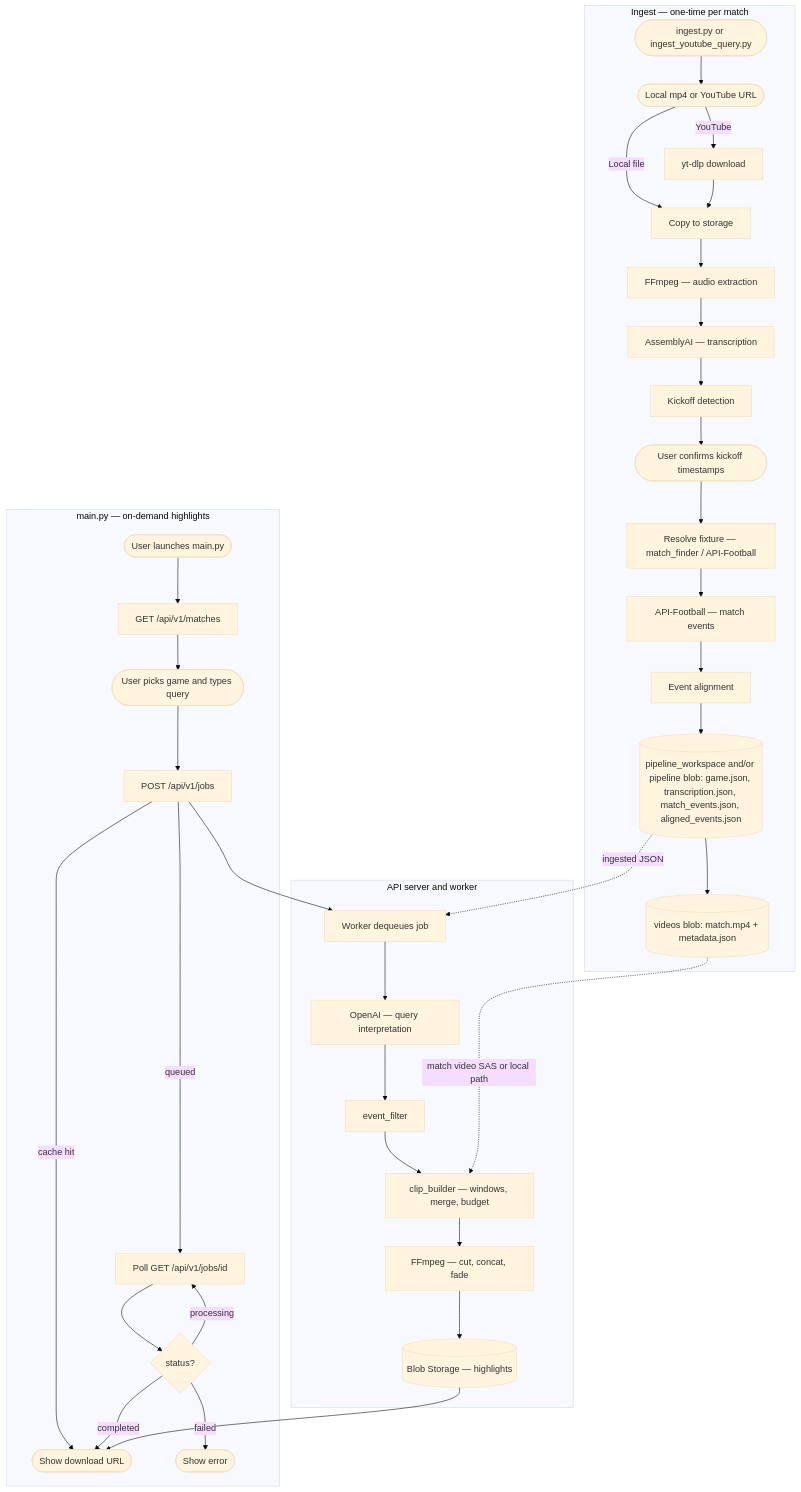
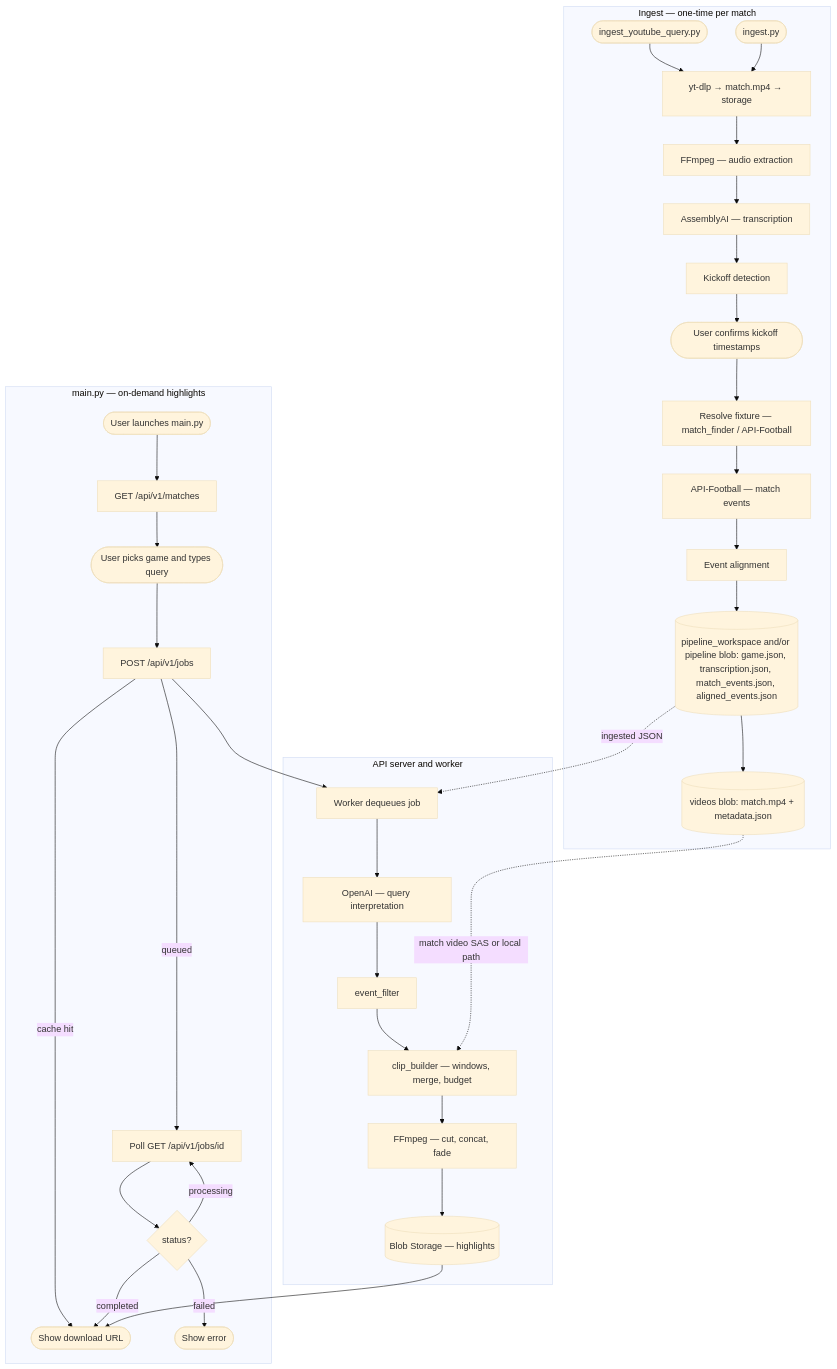
The diagram in README.md (idanlips1/football-analyzer), drawn with Mermaid (base theme) before and after one commit. The commit also changed other lines of this file and 1 other file, not shown here.

````diff
--- a/README.md
+++ b/README.md
@@ -10,43 +11,41 @@
 ```mermaid
 flowchart TD
   subgraph INGEST["Ingest — one-time per match"]
-    A([ingest.py or ingest_youtube_query.py]) --> B([Local mp4 or YouTube URL])
-    B -->|YouTube| C[yt-dlp download]
-    B -->|Local file| D[Copy to storage]
-    C --> D
-    D --> E[FFmpeg — audio extraction]
+    A([ingest_youtube_query.py]) --> B[yt-dlp → match.mp4 → storage]
+    A2([ingest.py]) --> B
+    B --> E[FFmpeg — audio extraction]
     E --> F[AssemblyAI — transcription]
     F --> G[Kickoff detection]
     G --> H([User confirms kickoff timestamps])
     H --> J[Resolve fixture — match_finder / API-Football]
     J --> K[API-Football — match events]
     K --> L[Event alignment]
     L --> M[(pipeline_workspace and/or pipeline blob: game.json, transcription.json, match_events.json, aligned_events.json)]
     M --> VID[(videos blob: match.mp4 + metadata.json)]
   end
 
   subgraph QUERY["main.py — on-demand highlights"]
     U1([User launches main.py]) --> O[GET /api/v1/matches]
     O --> P([User picks game and types query])
     P --> Q[POST /api/v1/jobs]
     Q -->|cache hit| T
     Q -->|queued| R[Poll GET /api/v1/jobs/id]
     R --> S{status?}
     S -->|processing| R
     S -->|completed| T([Show download URL])
     S -->|failed| ERR([Show error])
   end
 
   subgraph SERVER["API server and worker"]
     V[Worker dequeues job] --> W[OpenAI — query interpretation]
     W --> X[event_filter]
     X --> Y[clip_builder — windows, merge, budget]
     Y --> Z[FFmpeg — cut, concat, fade]
     Z --> AA[(Blob Storage — highlights)]
   end
 
   M -.->|ingested JSON| V
   VID -.->|match video SAS or local path| Y
   Q --> V
   AA --> T
 ```
````
